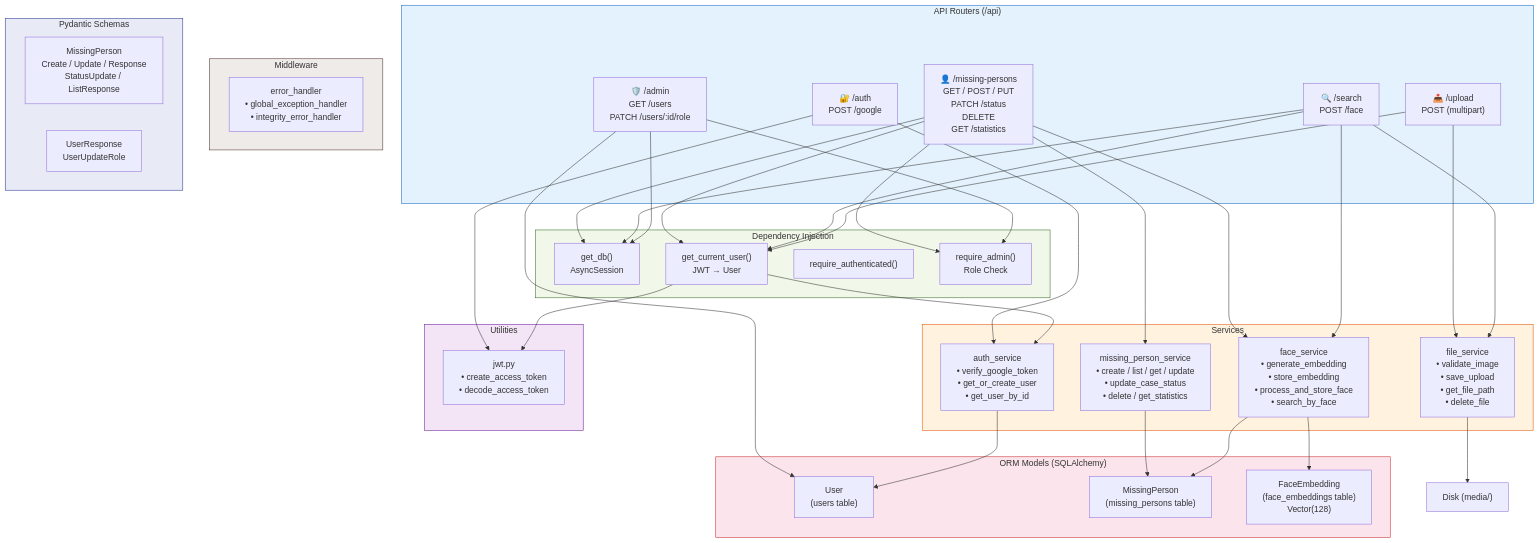
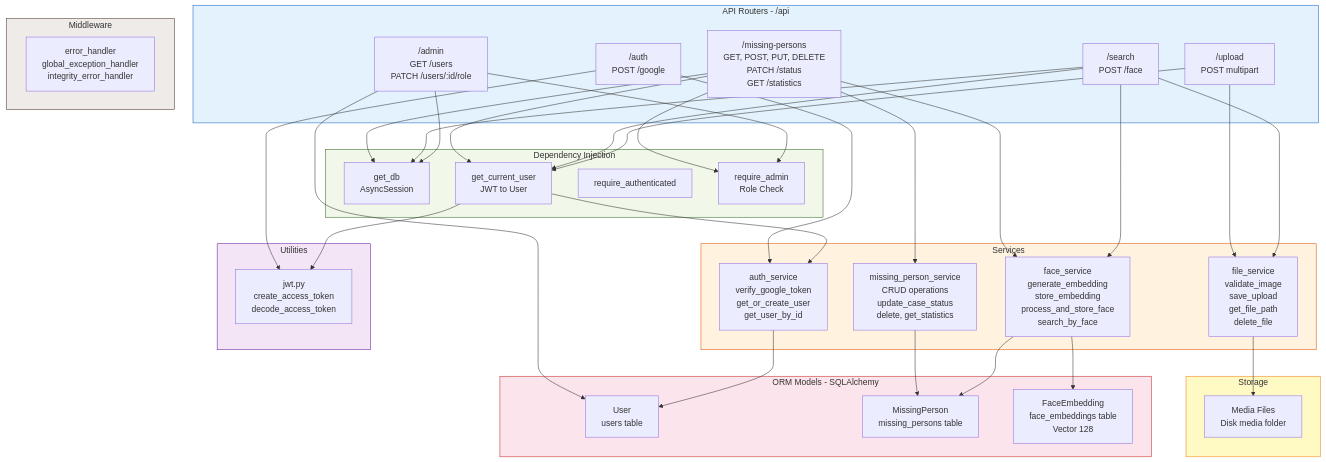
The third of 9 diagrams in architecture.md (Mayur1708mali/Missing-Person-Identification), drawn with Mermaid before and after one commit. The commit also changed other lines of this file, not shown here.

Commit message:
fix(docs): resolve GitHub Mermaid rendering errors in sections 1, 3, 4, and 6

````diff
--- a/architecture.md
+++ b/architecture.md
@@ -108,78 +108,77 @@
 ```mermaid
 flowchart TD
-    subgraph Routers["API Routers (/api)"]
-        R_Auth["🔐 /auth\nPOST /google"]
-        R_Persons["👤 /missing-persons\nGET / POST / PUT\nPATCH /status\nDELETE\nGET /statistics"]
-        R_Upload["📤 /upload\nPOST (multipart)"]
-        R_Search["🔍 /search\nPOST /face"]
-        R_Admin["🛡️ /admin\nGET /users\nPATCH /users/:id/role"]
+    subgraph Routers["API Routers - /api"]
+        R_Auth["/auth<br/>POST /google"]
+        R_Persons["/missing-persons<br/>GET, POST, PUT, DELETE<br/>PATCH /status<br/>GET /statistics"]
+        R_Upload["/upload<br/>POST multipart"]
+        R_Search["/search<br/>POST /face"]
+        R_Admin["/admin<br/>GET /users<br/>PATCH /users/:id/role"]
     end
 
     subgraph Dependencies["Dependency Injection"]
-        GetDB["get_db()\nAsyncSession"]
-        GetUser["get_current_user()\nJWT → User"]
-        ReqAuth["require_authenticated()"]
-        ReqAdmin["require_admin()\nRole Check"]
+        GetDB["get_db<br/>AsyncSession"]
+        GetUser["get_current_user<br/>JWT to User"]
+        ReqAuth["require_authenticated"]
+        ReqAdmin["require_admin<br/>Role Check"]
     end
 
     subgraph ServiceLayer["Services"]
-        S_Auth["auth_service\n• verify_google_token\n• get_or_create_user\n• get_user_by_id"]
-        S_Face["face_service\n• generate_embedding\n• store_embedding\n• process_and_store_face\n• search_by_face"]
-        S_File["file_service\n• validate_image\n• save_upload\n• get_file_path\n• delete_file"]
-        S_Person["missing_person_service\n• create / list / get / update\n• update_case_status\n• delete / get_statistics"]
+        S_Auth["auth_service<br/>verify_google_token<br/>get_or_create_user<br/>get_user_by_id"]
+        S_Face["face_service<br/>generate_embedding<br/>store_embedding<br/>process_and_store_face<br/>search_by_face"]
+        S_File["file_service<br/>validate_image<br/>save_upload<br/>get_file_path<br/>delete_file"]
+        S_Person["missing_person_service<br/>CRUD operations<br/>update_case_status<br/>delete, get_statistics"]
     end
 
     subgraph Utils["Utilities"]
-        JWT["jwt.py\n• create_access_token\n• decode_access_token"]
+        JWT["jwt.py<br/>create_access_token<br/>decode_access_token"]
     end
 
     subgraph Middleware["Middleware"]
-        EH["error_handler\n• global_exception_handler\n• integrity_error_handler"]
+        EH["error_handler<br/>global_exception_handler<br/>integrity_error_handler"]
     end
 
-    subgraph Models["ORM Models (SQLAlchemy)"]
-        M_User["User\n(users table)"]
-        M_Person["MissingPerson\n(missing_persons table)"]
-        M_Embed["FaceEmbedding\n(face_embeddings table)\nVector(128)"]
+    subgraph Models["ORM Models - SQLAlchemy"]
+        M_User["User<br/>users table"]
+        M_Person["MissingPerson<br/>missing_persons table"]
+        M_Embed["FaceEmbedding<br/>face_embeddings table<br/>Vector 128"]
     end
 
-    subgraph Schemas["Pydantic Schemas"]
-        Sch_Person["MissingPerson\nCreate / Update / Response\nStatusUpdate / ListResponse"]
-        Sch_User["UserResponse\nUserUpdateRole"]
+    subgraph Storage["Storage"]
+        MediaDisk["Media Files<br/>Disk media folder"]
     end
 
     R_Auth --> S_Auth
     R_Auth --> JWT
     R_Persons --> S_Person
     R_Persons --> S_Face
     R_Upload --> S_File
     R_Search --> S_Face
     R_Search --> S_File
     R_Admin --> M_User
 
     GetUser --> JWT
     GetUser --> S_Auth
 
     S_Auth --> M_User
     S_Person --> M_Person
     S_Face --> M_Embed
     S_Face --> M_Person
-    S_File --> MediaDisk["Disk (media/)"]
+    S_File --> MediaDisk
 
     R_Persons --> GetDB
     R_Persons --> GetUser
     R_Persons --> ReqAdmin
     R_Search --> GetDB
     R_Search --> GetUser
     R_Upload --> GetUser
     R_Admin --> GetDB
     R_Admin --> ReqAdmin
 
     style Routers fill:#e3f2fd,stroke:#1565c0
     style Dependencies fill:#f1f8e9,stroke:#33691e
     style ServiceLayer fill:#fff3e0,stroke:#e65100
     style Models fill:#fce4ec,stroke:#c62828
-    style Schemas fill:#e8eaf6,stroke:#283593
     style Utils fill:#f3e5f5,stroke:#6a1b9a
     style Middleware fill:#efebe9,stroke:#4e342e
+    style Storage fill:#fff9c4,stroke:#f57f17
 ```
````
